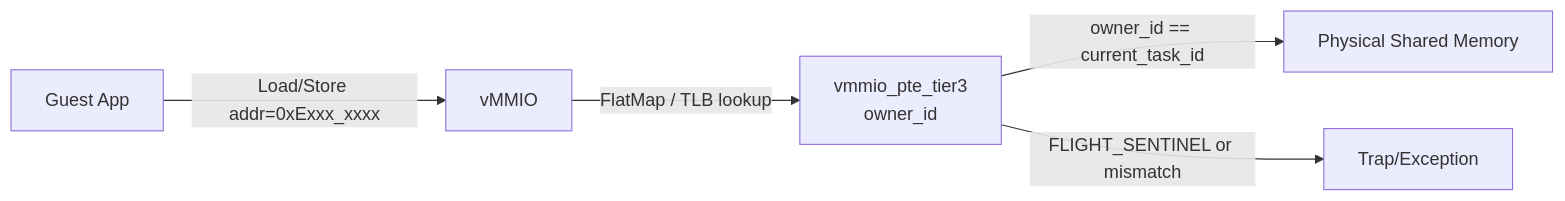
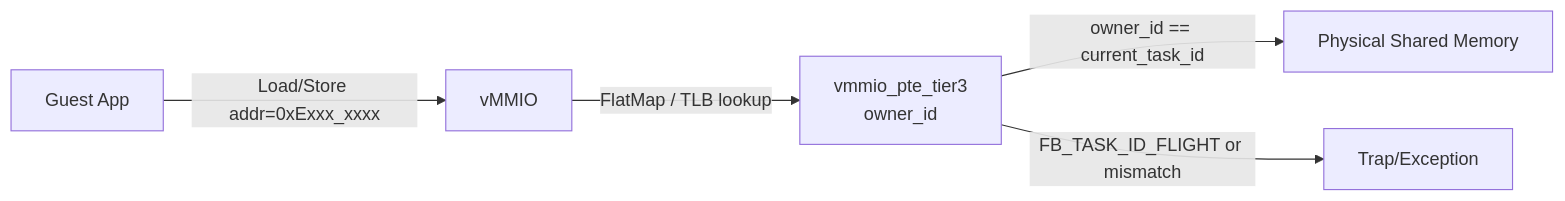
The third of 3 diagrams in docs/components/tier2_runtime/runtime_vmmio.md (kmt-t/fireball), drawn with Mermaid before and after one commit. The commit also changed other lines of this file and 6 other files, not shown here.

````diff
--- a/docs/components/tier2_runtime/runtime_vmmio.md
+++ b/docs/components/tier2_runtime/runtime_vmmio.md
@@ -362,7 +362,7 @@
 ```mermaid
 graph LR
     Guest[Guest App] -- Load/Store addr=0xExxx_xxxx --> vMMIO
     vMMIO -- FlatMap / TLB lookup --> Entry[vmmio_pte_tier3\nowner_id]
     Entry -- owner_id == current_task_id --> Phys[Physical Shared Memory]
-    Entry -- FLIGHT_SENTINEL or mismatch --> Trap[Trap/Exception]
+    Entry -- FB_TASK_ID_FLIGHT or mismatch --> Trap[Trap/Exception]
 ```
````
